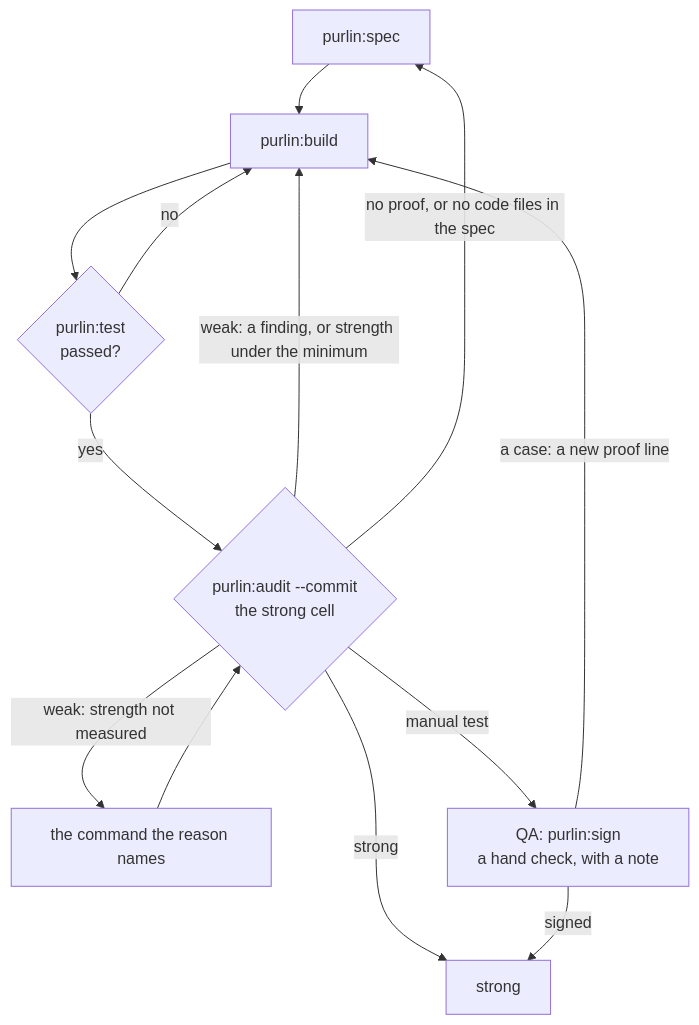
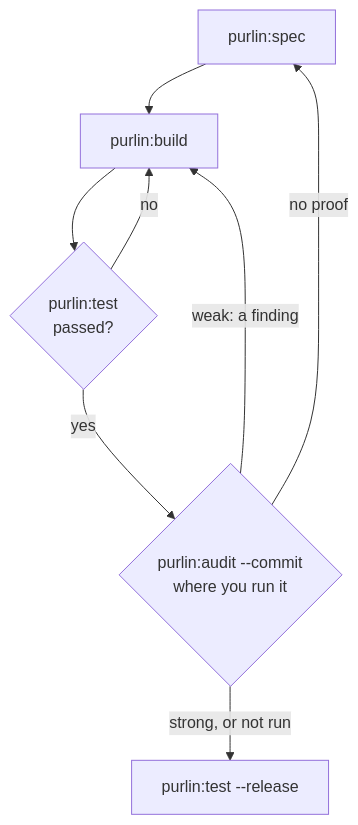
Before and after one commit to rlabarca/purlin: the diagram in docs/team-workflow.md, drawn with Mermaid. The commit also changed other lines of this file and 14 other files, not shown here.

First line of the commit message:
docs: the release and the sign-off, two gates, the audit as a tool (decision 103)

````diff
--- a/docs/team-workflow.md
+++ b/docs/team-workflow.md
@@ -38,15 +23,10 @@
 ```mermaid
 flowchart TD
     Sp["purlin:spec"] --> B["purlin:build"]
     B --> T{"purlin:test<br>passed?"}
     T -->|no| B
-    T -->|yes| A{"purlin:audit --commit<br>the strong cell"}
-    A -->|"weak: a finding, or strength under the minimum"| B
-    A -->|"no proof, or no code files in the spec"| Sp
-    A -->|"weak: strength not measured"| M["the command the reason names"]
-    M --> A
-    A -->|"manual test"| Q["QA: purlin:sign<br>a hand check, with a note"]
-    Q -->|"a case: a new proof line"| B
-    A -->|strong| G["strong"]
-    Q -->|signed| G
+    T -->|yes| A{"purlin:audit --commit<br>where you run it"}
+    A -->|"weak: a finding"| B
+    A -->|"no proof"| Sp
+    A -->|"strong, or not run"| R["purlin:test --release"]
 ```
````
